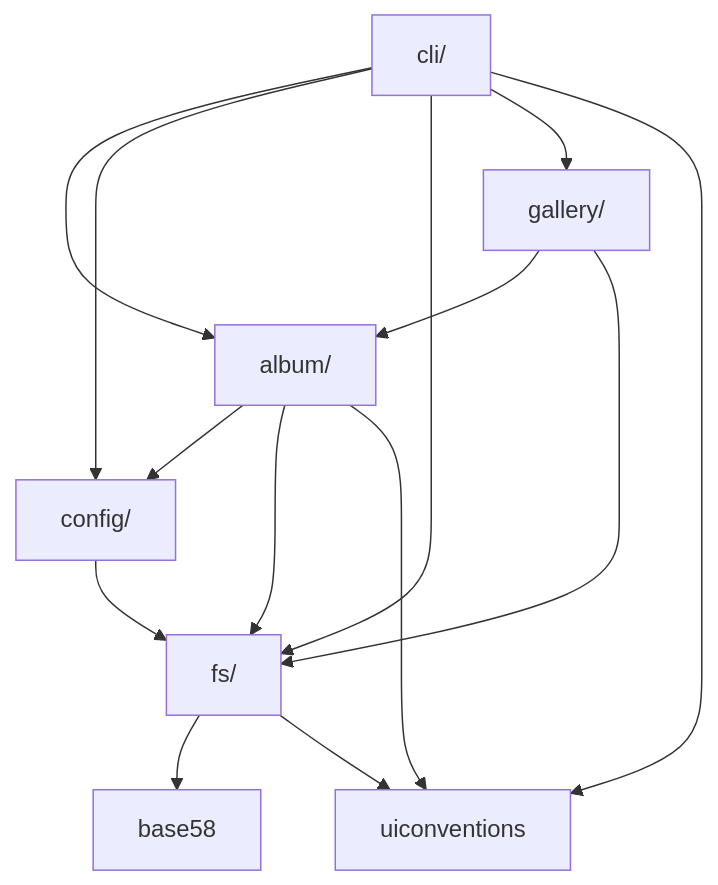
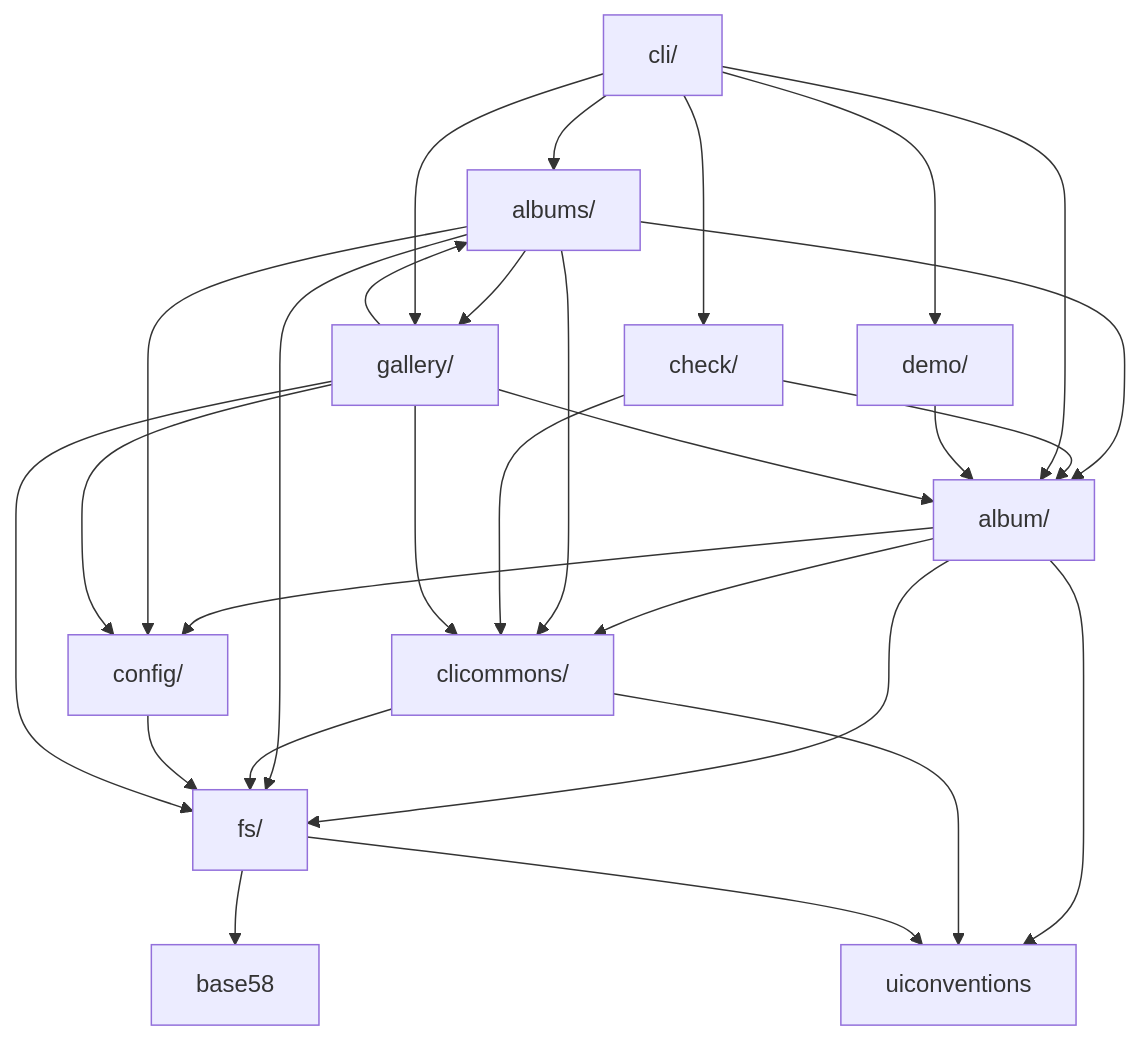
The diagram in docs/architecture.md (iglootools/photree), drawn with Mermaid before and after one commit. The commit also changed 58 other files, not shown here.

````diff
--- a/docs/architecture.md
+++ b/docs/architecture.md
@@ -17,24 +17,42 @@
 ```mermaid
 graph TD
     album["album/"]
+    albums["albums/"]
     base58["base58"]
+    check["check/"]
     cli["cli/"]
+    clicommons["clicommons/"]
     config["config/"]
+    demo["demo/"]
     fs["fs/"]
     gallery["gallery/"]
     uiconventions["uiconventions"]
 
+    album --> clicommons
     album --> config
     album --> fs
     album --> uiconventions
+    albums --> album
+    albums --> clicommons
+    albums --> config
+    albums --> fs
+    albums --> gallery
+    check --> album
+    check --> clicommons
     cli --> album
-    cli --> config
-    cli --> fs
+    cli --> albums
+    cli --> check
+    cli --> demo
     cli --> gallery
-    cli --> uiconventions
+    clicommons --> fs
+    clicommons --> uiconventions
     config --> fs
+    demo --> album
     fs --> base58
     fs --> uiconventions
     gallery --> album
+    gallery --> albums
+    gallery --> clicommons
+    gallery --> config
     gallery --> fs
 ```
````
